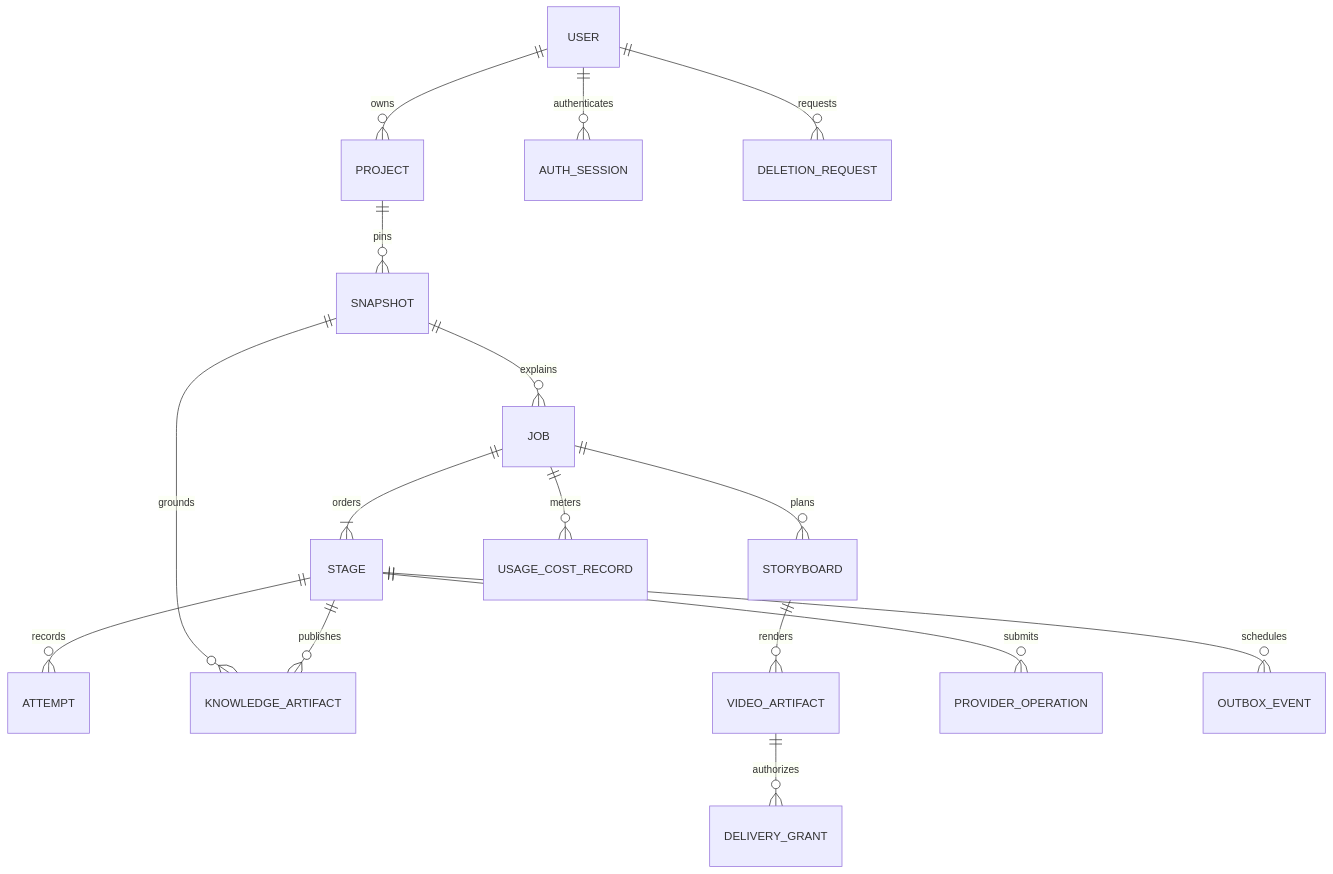
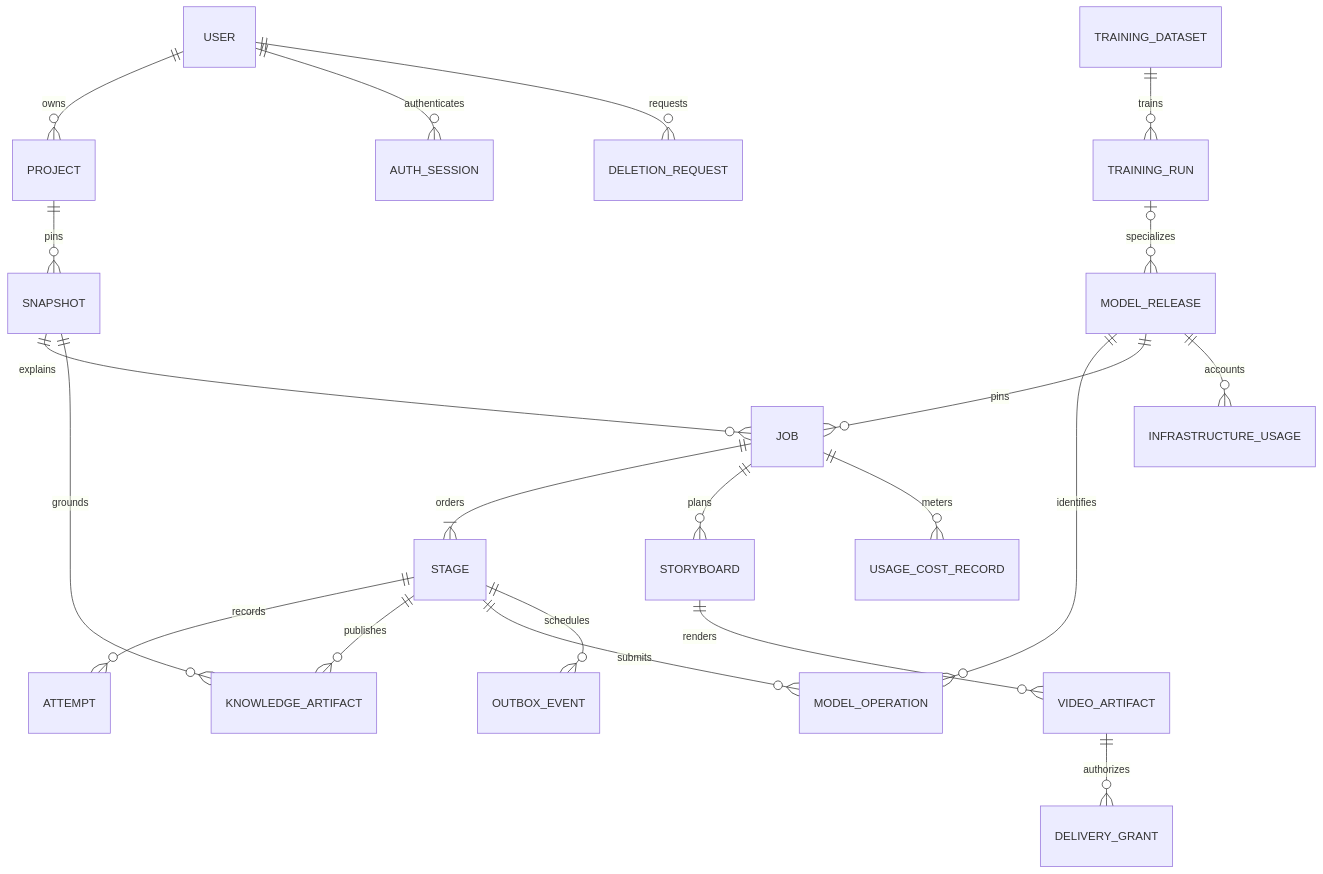
One commit to Stevemeg/RepoVox changed the first of 2 diagrams in docs/architecture/data-model.md. Above: the diagram before and after it, drawn with Mermaid. The commit also changed other lines of this file and 36 other files, not shown here.

````diff
--- a/docs/architecture/data-model.md
+++ b/docs/architecture/data-model.md
@@ -29,18 +32,23 @@
 ```mermaid
 erDiagram
   USER ||--o{ PROJECT : owns
   USER ||--o{ AUTH_SESSION : authenticates
   PROJECT ||--o{ SNAPSHOT : pins
   SNAPSHOT ||--o{ JOB : explains
   JOB ||--|{ STAGE : orders
   STAGE ||--o{ ATTEMPT : records
   SNAPSHOT ||--o{ KNOWLEDGE_ARTIFACT : grounds
   STAGE ||--o{ KNOWLEDGE_ARTIFACT : publishes
   JOB ||--o{ STORYBOARD : plans
   STORYBOARD ||--o{ VIDEO_ARTIFACT : renders
   VIDEO_ARTIFACT ||--o{ DELIVERY_GRANT : authorizes
   JOB ||--o{ USAGE_COST_RECORD : meters
-  STAGE ||--o{ PROVIDER_OPERATION : submits
+  STAGE ||--o{ MODEL_OPERATION : submits
+  MODEL_RELEASE ||--o{ MODEL_OPERATION : identifies
+  MODEL_RELEASE ||--o{ JOB : pins
+  MODEL_RELEASE ||--o{ INFRASTRUCTURE_USAGE : accounts
+  TRAINING_DATASET ||--o{ TRAINING_RUN : trains
+  TRAINING_RUN o|--o{ MODEL_RELEASE : specializes
   STAGE ||--o{ OUTBOX_EVENT : schedules
   USER ||--o{ DELETION_REQUEST : requests
 ```
````
